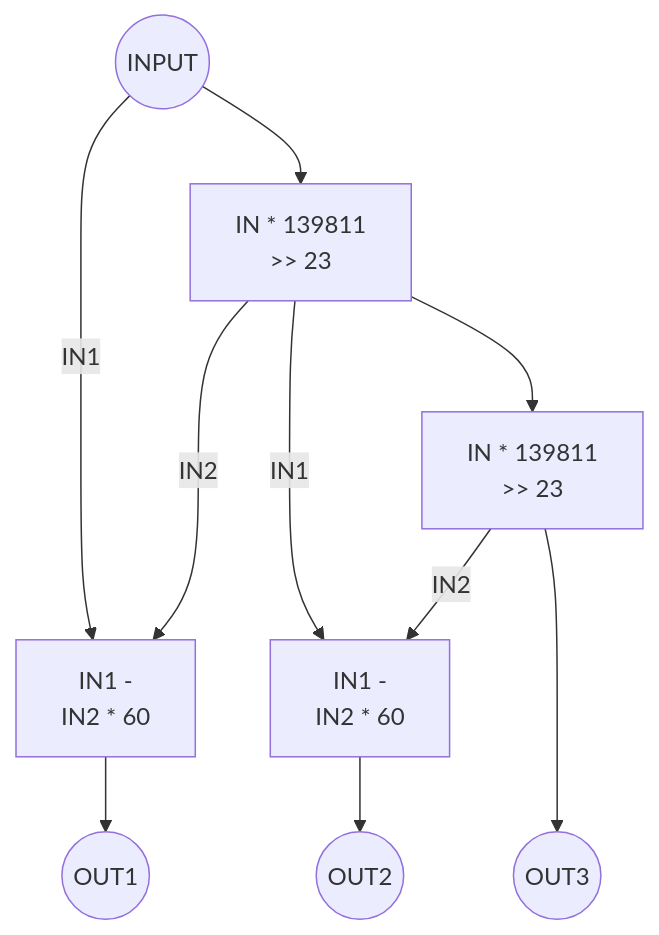
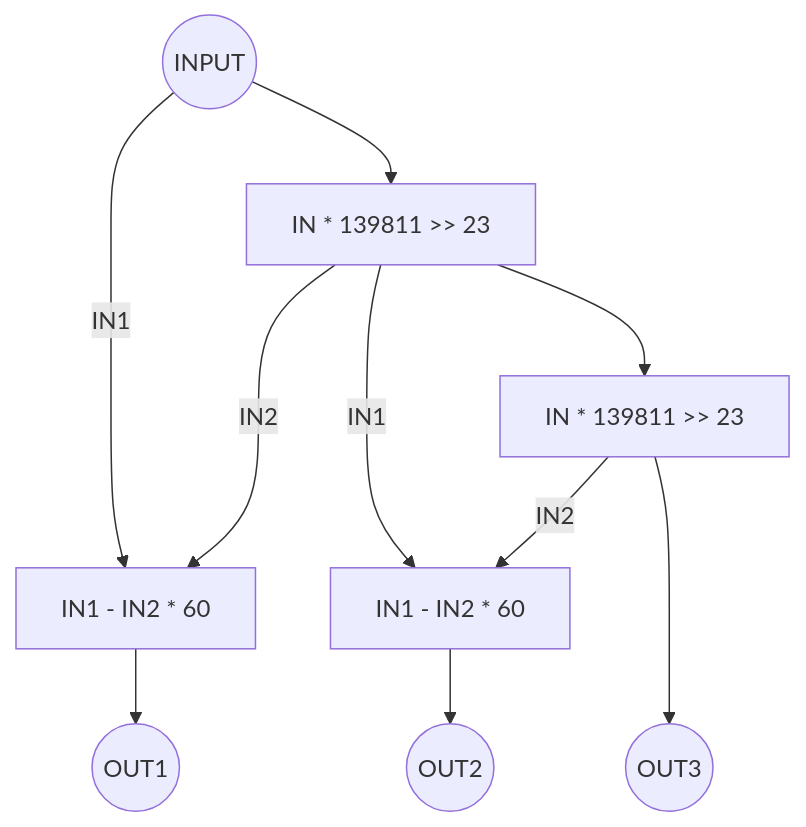
The first of 3 diagrams in readme.md (rauaap/quartime), drawn with Mermaid before and after one commit. The commit also changed other lines of this file, not shown here.

Commit message:
remove "newlines" from mermaid graph nodes in readme

````diff
--- a/readme.md
+++ b/readme.md
@@ -9,21 +9,21 @@
 ```mermaid
 graph TB
     input((INPUT))
-    d1["IN * 139811\n >> 23"]
-    d2["IN * 139811\n >> 23"]
-    sub1["IN1 - \n IN2 * 60"]
-    sub2["IN1 - \n IN2 * 60"]
+    d1["IN * 139811 >> 23"]
+    d2["IN * 139811 >> 23"]
+    sub1["IN1 - IN2 * 60"]
+    sub2["IN1 - IN2 * 60"]
     out1((OUT1))
     out2((OUT2))
     out3((OUT3))
 
     input --> d1
     input --->|IN1| sub1
     sub1 --> out1
     d1 --->|IN2| sub1
     d1 --> d2
     d1 -->|IN1| sub2
     d2 -->|IN2| sub2
     d2 ---> out3
     sub2 --> out2
 ```
````
